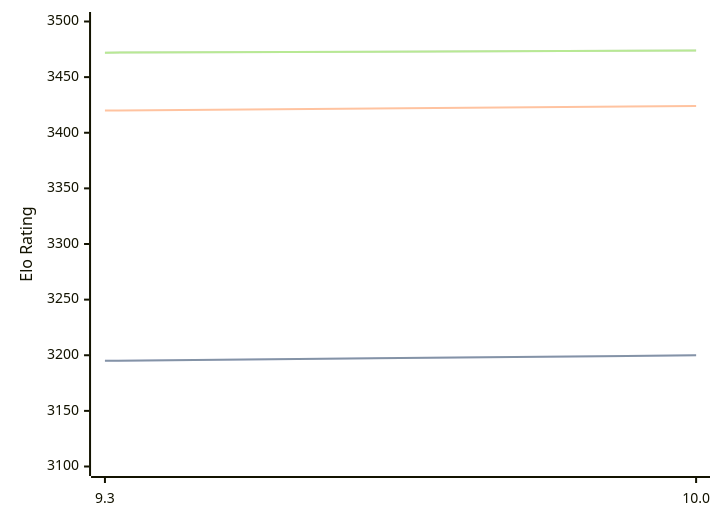
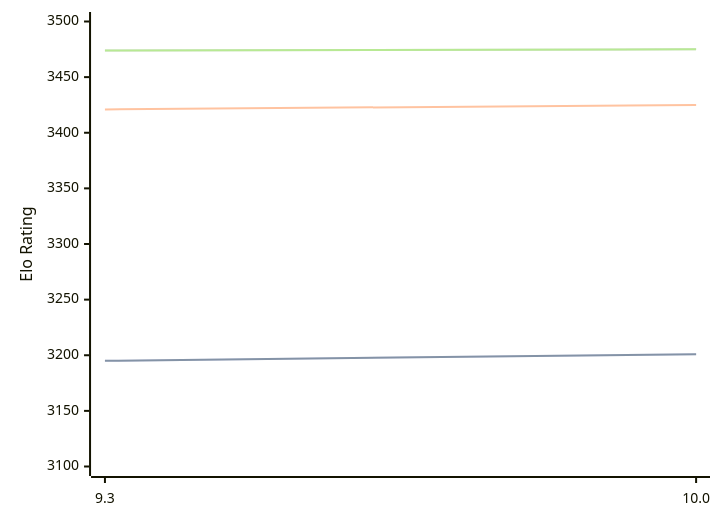
Before and after one commit to computer-chess-index/cci: the diagram in engines/Fire.md, drawn with Mermaid. The commit also changed other lines of this file, not shown here.

Commit message:
Update CCI Ratings (ELO VLTC) - 2026-05-12

````diff
--- a/engines/Fire.md
+++ b/engines/Fire.md
@@ -47,11 +47,11 @@
 ```mermaid
 %%{init: {"theme":"base","themeVariables":{"seriesColors:['#a3a3a3','#222221','#faa371']}}}%%
 xychart-beta
   x-axis ["9.3", "10.0"]
   y-axis "Elo Rating" 3100 --> 3500
-  line "STC (8.0+0.08s)" [3195, 3200]
-  line "STC (8.0+0.08s)" [3195, 3200]
-  line "LTC (60.0+0.60s)" [3420, 3424]
-  line "VLTC (2m24s+1.12s)" [3472, 3474]
-  line "VLTC (2m24s+1.12s)" [3472, 3474]
+  line "STC (8.0+0.08s)" [3195, 3201]
+  line "STC (8.0+0.08s)" [3195, 3201]
+  line "LTC (60.0+0.60s)" [3421, 3425]
+  line "VLTC (2m24s+1.12s)" [3474, 3475]
+  line "VLTC (2m24s+1.12s)" [3474, 3475]
 ```
````
